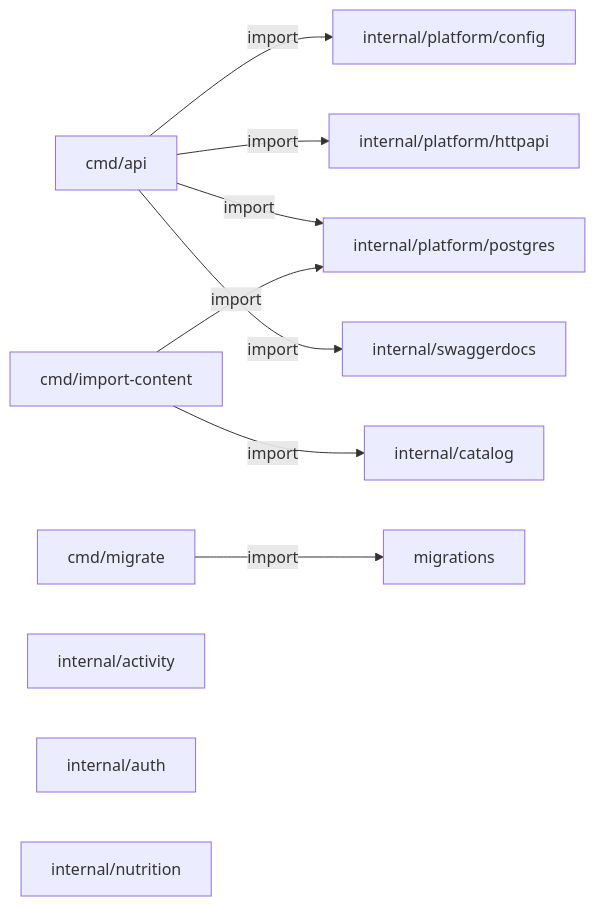
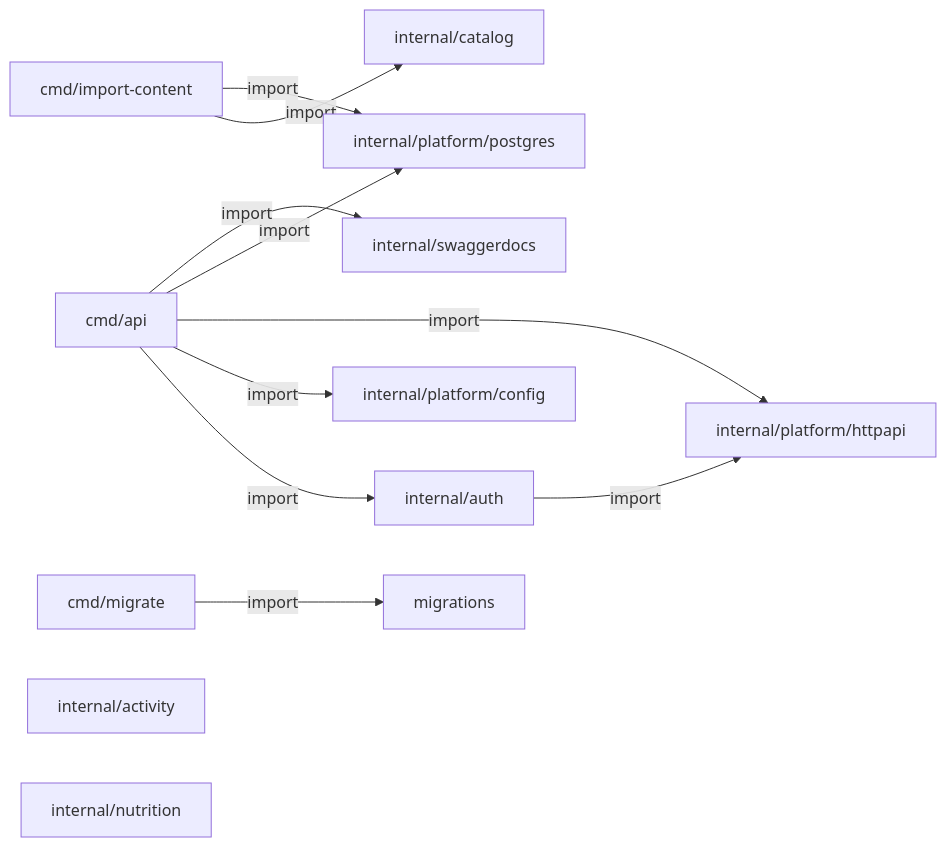
The diagram in docs/arquitetura/gerado/go-e-swagger.md (richardcastrogois/TrainForge), drawn with Mermaid before and after one commit. The commit also changed other lines of this file and 65 other files, not shown here.

````diff
--- a/docs/arquitetura/gerado/go-e-swagger.md
+++ b/docs/arquitetura/gerado/go-e-swagger.md
@@ -11,22 +11,24 @@
 ```mermaid
 flowchart LR
     node0["cmd/api"]
     node1["cmd/import-content"]
     node2["cmd/migrate"]
     node3["internal/activity"]
     node4["internal/auth"]
     node5["internal/catalog"]
     node6["internal/nutrition"]
     node7["internal/platform/config"]
     node8["internal/platform/httpapi"]
     node9["internal/platform/postgres"]
     node10["internal/swaggerdocs"]
     node11["migrations"]
+    node0 -->|"import"| node4
     node0 -->|"import"| node7
     node0 -->|"import"| node8
     node0 -->|"import"| node9
     node0 -->|"import"| node10
     node1 -->|"import"| node5
     node1 -->|"import"| node9
     node2 -->|"import"| node11
+    node4 -->|"import"| node8
 ```
````
